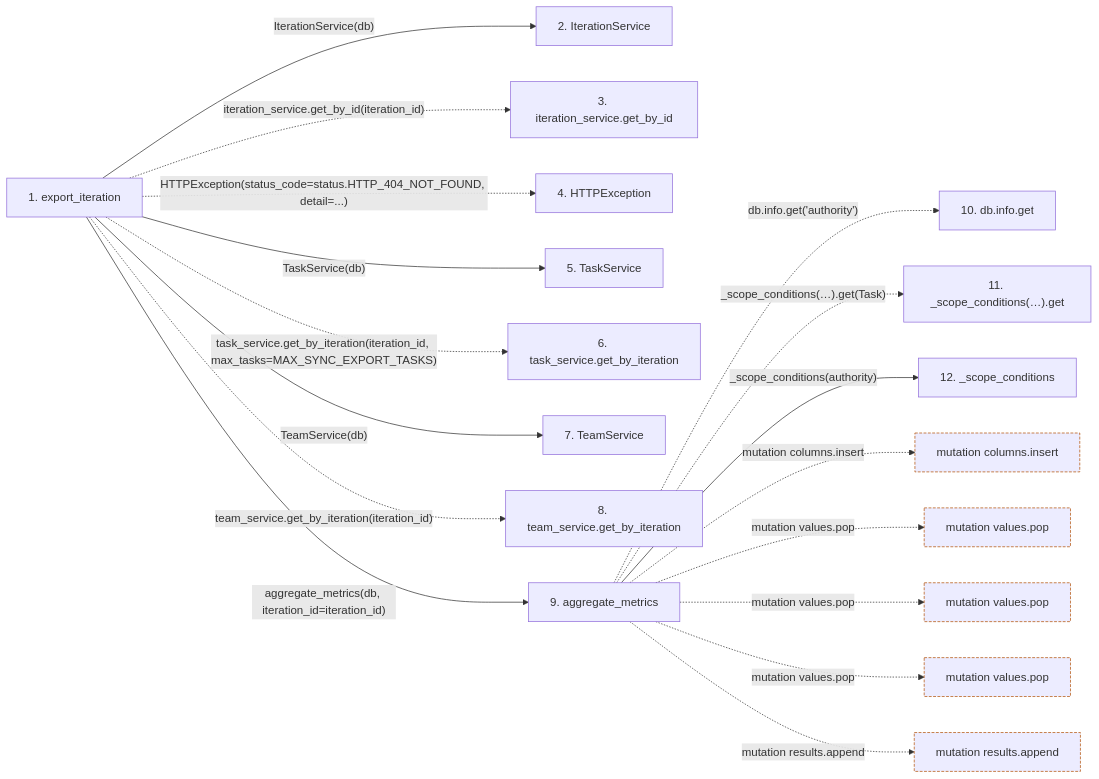
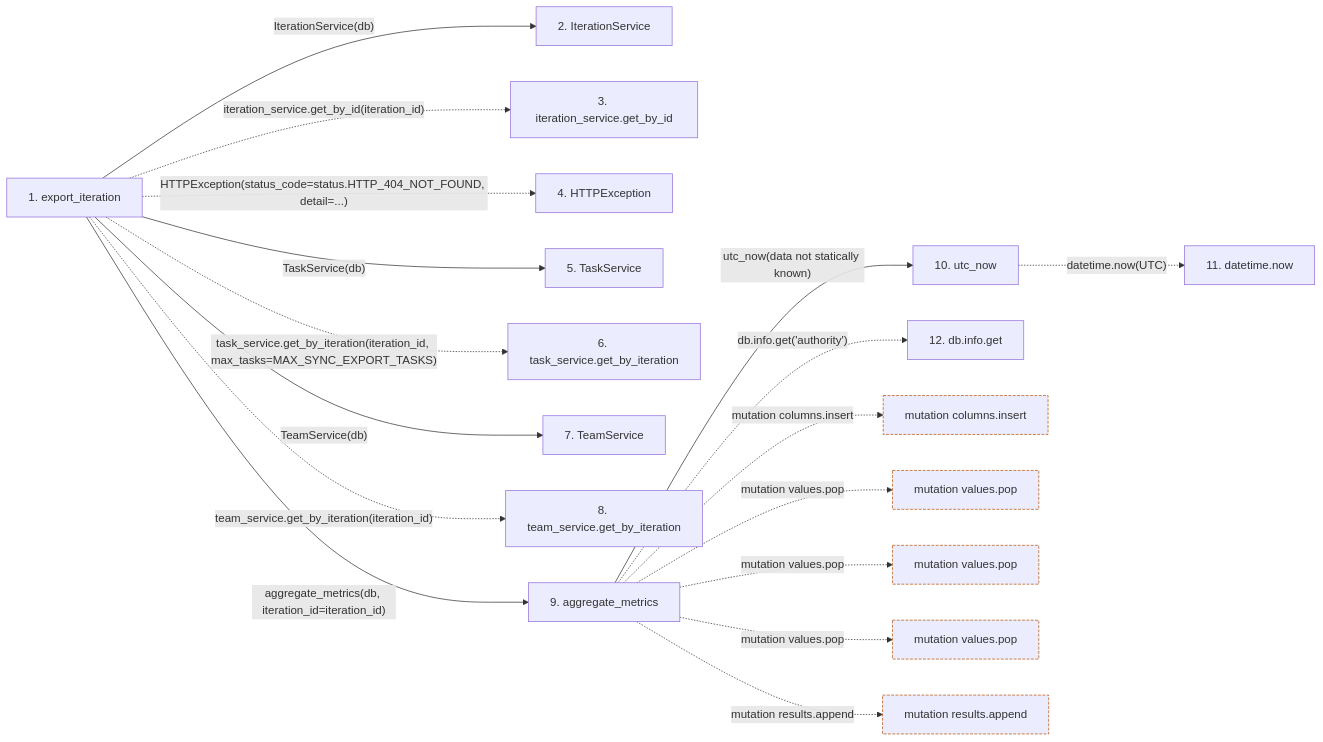
The second of 2 diagrams in docs/llm_wiki/flows/http-export_iteration.md (Denissvgn/WorkChord), drawn with Mermaid before and after one commit. The commit also changed other lines of this file and 10148 other files, not shown here.

````diff
--- a/docs/llm_wiki/flows/http-export_iteration.md
+++ b/docs/llm_wiki/flows/http-export_iteration.md
@@ -85,48 +87,48 @@
 ```mermaid
 flowchart LR
     s1["1. export_iteration"]
     s2["2. IterationService"]
     s3["3. iteration_service.get_by_id"]
     s4["4. HTTPException"]
     s5["5. TaskService"]
     s6["6. task_service.get_by_iteration"]
     s7["7. TeamService"]
     s8["8. team_service.get_by_iteration"]
     s9["9. aggregate_metrics"]
-    s10["10. db.info.get"]
-    s11["11. _scope_conditions(…).get"]
-    s12["12. _scope_conditions"]
+    s10["10. utc_now"]
+    s11["11. datetime.now"]
+    s12["12. db.info.get"]
     s1 -->|"IterationService(db)"| s2
     s1 -. "iteration_service.get_by_id(iteration_id)" .-> s3
     s1 -. "HTTPException(status_code=status.HTTP_404_NOT_FOUND, detail=...)" .-> s4
     s1 -->|"TaskService(db)"| s5
     s1 -. "task_service.get_by_iteration(iteration_id, max_tasks=MAX_SYNC_EXPORT_TASKS)" .-> s6
     s1 -->|"TeamService(db)"| s7
     s1 -. "team_service.get_by_iteration(iteration_id)" .-> s8
     s1 -->|"aggregate_metrics(db, iteration_id=iteration_id)"| s9
-    s9 -. "db.info.get('authority')" .-> s10
-    s9 -. "_scope_conditions(…).get(Task)" .-> s11
-    s9 -->|"_scope_conditions(authority)"| s12
+    s9 -->|"utc_now(data not statically known)"| s10
+    s10 -. "datetime.now(UTC)" .-> s11
+    s9 -. "db.info.get('authority')" .-> s12
     b0["mutation columns.insert"]
     s9 -. "mutation columns.insert" .-> b0
     b1["mutation values.pop"]
     s9 -. "mutation values.pop" .-> b1
     b2["mutation values.pop"]
     s9 -. "mutation values.pop" .-> b2
     b3["mutation values.pop"]
     s9 -. "mutation values.pop" .-> b3
     b4["mutation results.append"]
     s9 -. "mutation results.append" .-> b4
     click s1 "../modules/export.md"
     click s2 "../modules/iteration_service.md"
     click s5 "../modules/task_service.md"
     click s7 "../modules/team_service.md"
     click s9 "../modules/services_work_metrics.md"
-    click s12 "../modules/authority.md"
+    click s10 "../modules/time.md"
     classDef boundary stroke:#b45309,stroke-dasharray: 4 2
     class b0 boundary
     class b1 boundary
     class b2 boundary
     class b3 boundary
     class b4 boundary
 ```
````
